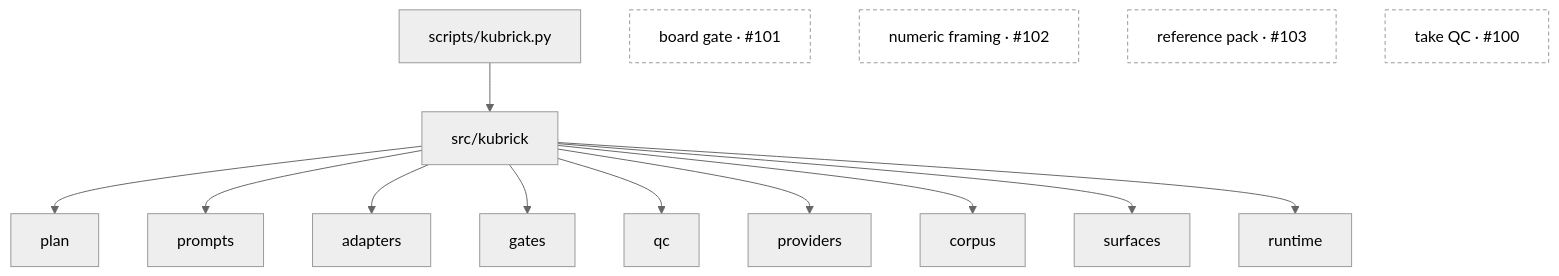
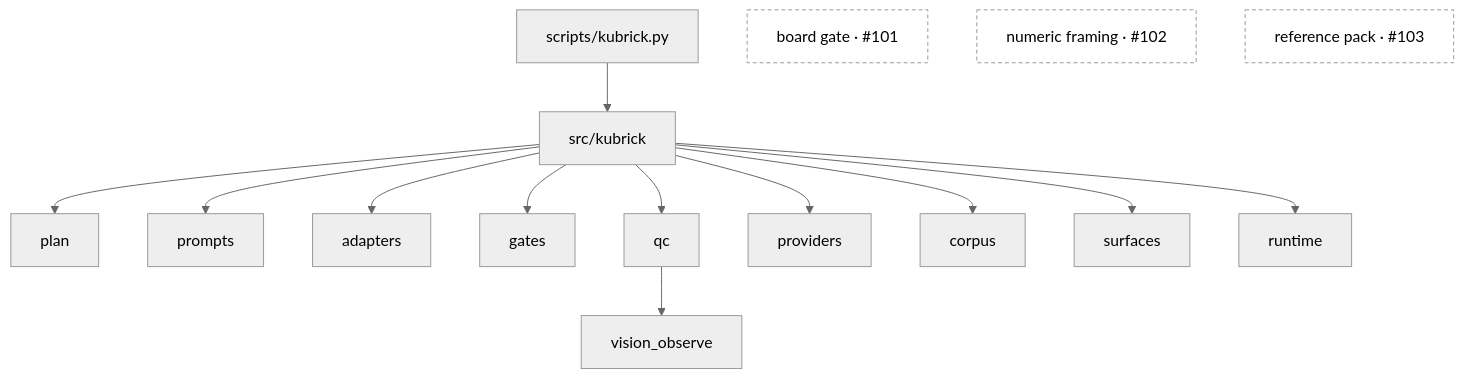
Before and after one commit to Zero-State-LLC/Kubrick: the diagram in README.md, drawn with Mermaid (neutral theme). The commit also changed other lines of this file and 29 other files, not shown here.

````diff
--- a/README.md
+++ b/README.md
@@ -36,19 +36,19 @@
 ```mermaid
 flowchart TB
   cli["scripts/kubrick.py"] --> core["src/kubrick"]
   core --> plan["plan"]
   core --> prompts["prompts"]
   core --> adapters["adapters"]
   core --> gates["gates"]
   core --> qc["qc"]
+  qc --> take["vision_observe"]
   core --> providers["providers"]
   core --> corpus["corpus"]
   core --> surfaces["surfaces"]
   core --> runtime["runtime"]
   board["board gate · #101"]
   framing["numeric framing · #102"]
   refpack["reference pack · #103"]
-  take["take QC · #100"]
   classDef planned stroke-dasharray: 4 3,fill:none
-  class board,framing,refpack,take planned
+  class board,framing,refpack planned
 ```
````
